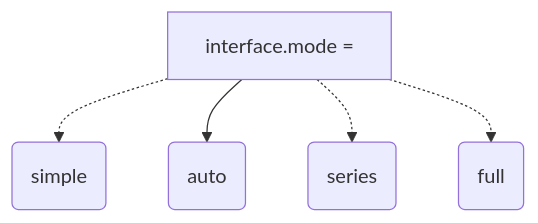
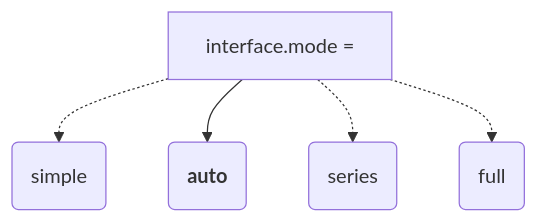
Before and after one commit to aphalo/r4p-blog: the first of 11 diagrams in pages/acq-irrad-tutorial.qmd, drawn with Mermaid. The commit also changed other lines of this file and 1 other file, not shown here.

````diff
--- a/pages/acq-irrad-tutorial.qmd
+++ b/pages/acq-irrad-tutorial.qmd
@@ -26,7 +105,9 @@
 ```{mermaid}
+%%{ init: {"graph": {"htmlLabels": true}} }%%
+%%| fig-align: center
 flowchart TB
   A[interface.mode = ] -.-> B("simple")
-  A --> C("auto")
+  A --> C(<b>auto</b>)
   A -.-> D("series")
   A -.-> E("full")
 ```
````
